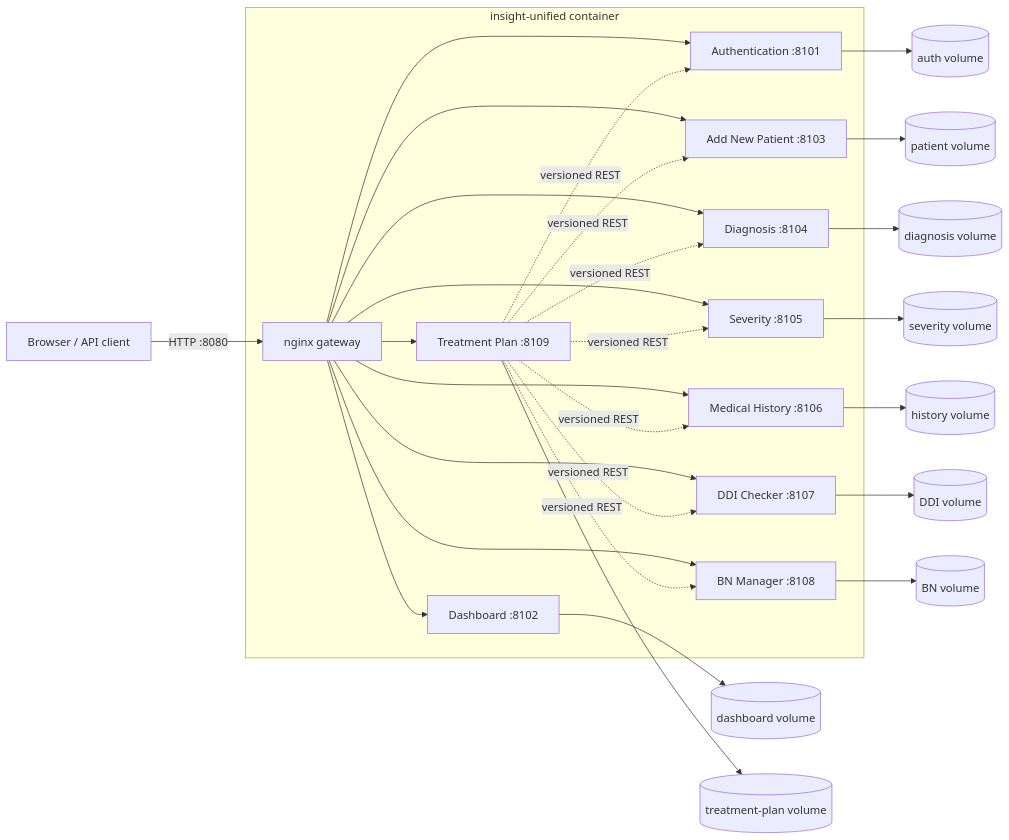
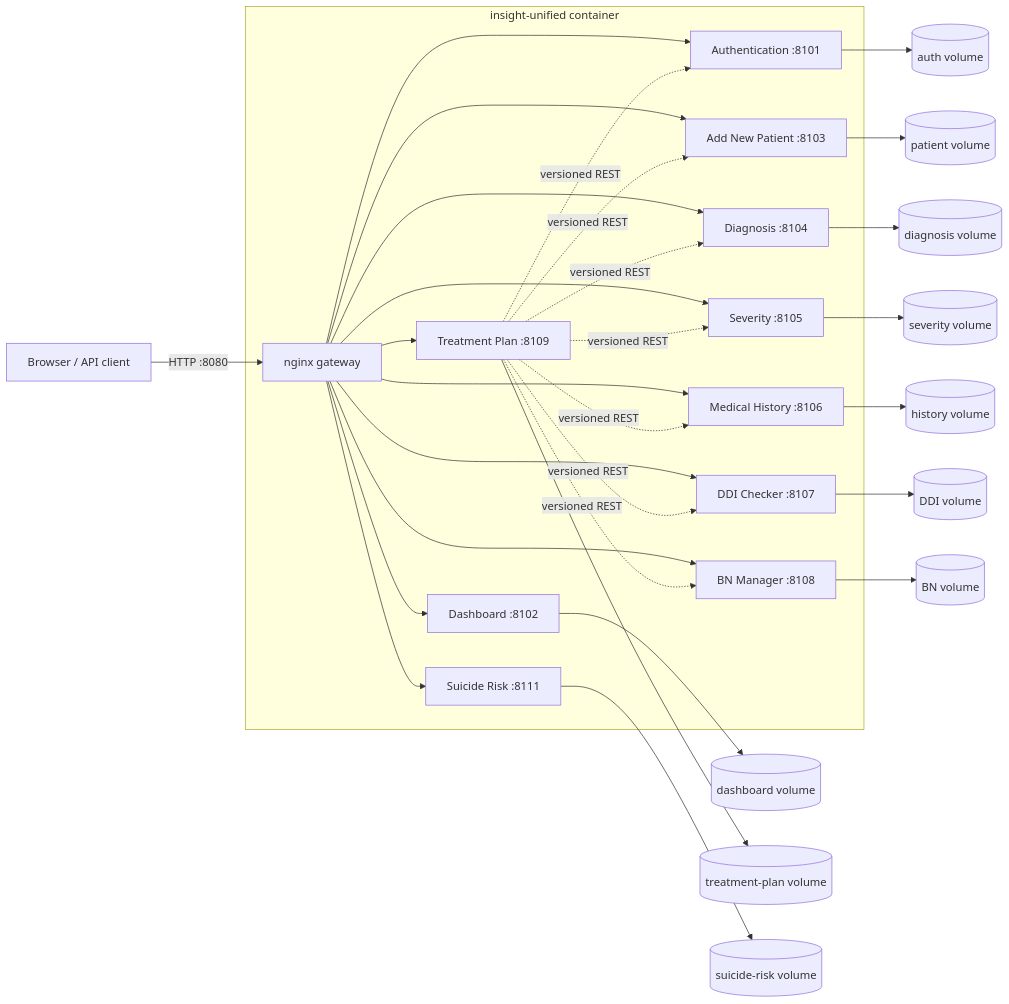
One commit to a-rastin/project-insight changed the diagram in README.md. Above: the diagram before and after it, drawn with Mermaid. The commit also changed other lines of this file and 21 other files, not shown here.

Commit message:
feat(suicide-risk): add unified module

````diff
--- a/README.md
+++ b/README.md
@@ -62,34 +62,36 @@
 ```mermaid
 flowchart LR
     Browser["Browser / API client"] -->|"HTTP :8080"| Gateway["nginx gateway"]
 
     subgraph Unified["insight-unified container"]
         Gateway --> Auth["Authentication :8101"]
         Gateway --> Dashboard["Dashboard :8102"]
         Gateway --> Patient["Add New Patient :8103"]
         Gateway --> Diagnosis["Diagnosis :8104"]
         Gateway --> Severity["Severity :8105"]
         Gateway --> History["Medical History :8106"]
         Gateway --> DDI["DDI Checker :8107"]
         Gateway --> BN["BN Manager :8108"]
         Gateway --> TP["Treatment Plan :8109"]
+        Gateway --> SuicideRisk["Suicide Risk :8111"]
 
         TP -. "versioned REST" .-> Auth
         TP -. "versioned REST" .-> Patient
         TP -. "versioned REST" .-> Diagnosis
         TP -. "versioned REST" .-> Severity
         TP -. "versioned REST" .-> History
         TP -. "versioned REST" .-> DDI
         TP -. "versioned REST" .-> BN
     end
 
     Auth --> AuthDB[("auth volume")]
     Dashboard --> DashboardDB[("dashboard volume")]
     Patient --> PatientDB[("patient volume")]
     Diagnosis --> DiagnosisDB[("diagnosis volume")]
     Severity --> SeverityDB[("severity volume")]
     History --> HistoryDB[("history volume")]
     DDI --> DDIDB[("DDI volume")]
     BN --> BNDB[("BN volume")]
     TP --> TPDB[("treatment-plan volume")]
+    SuicideRisk --> SuicideRiskDB[("suicide-risk volume")]
 ```
````
